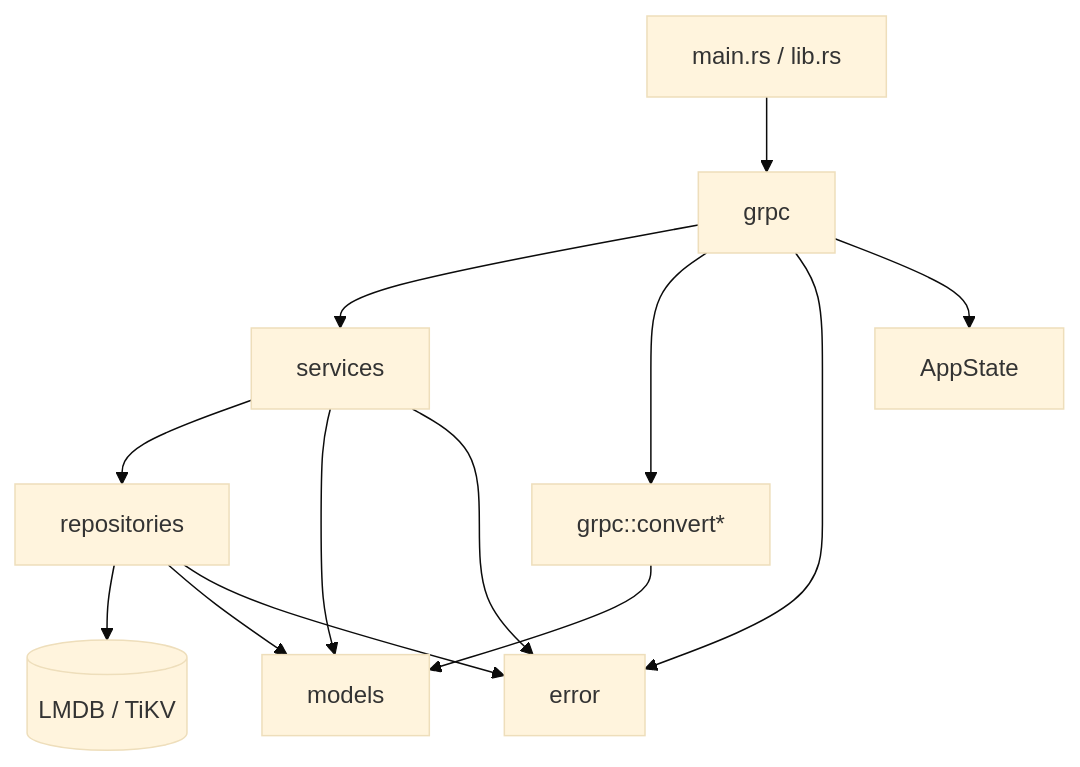
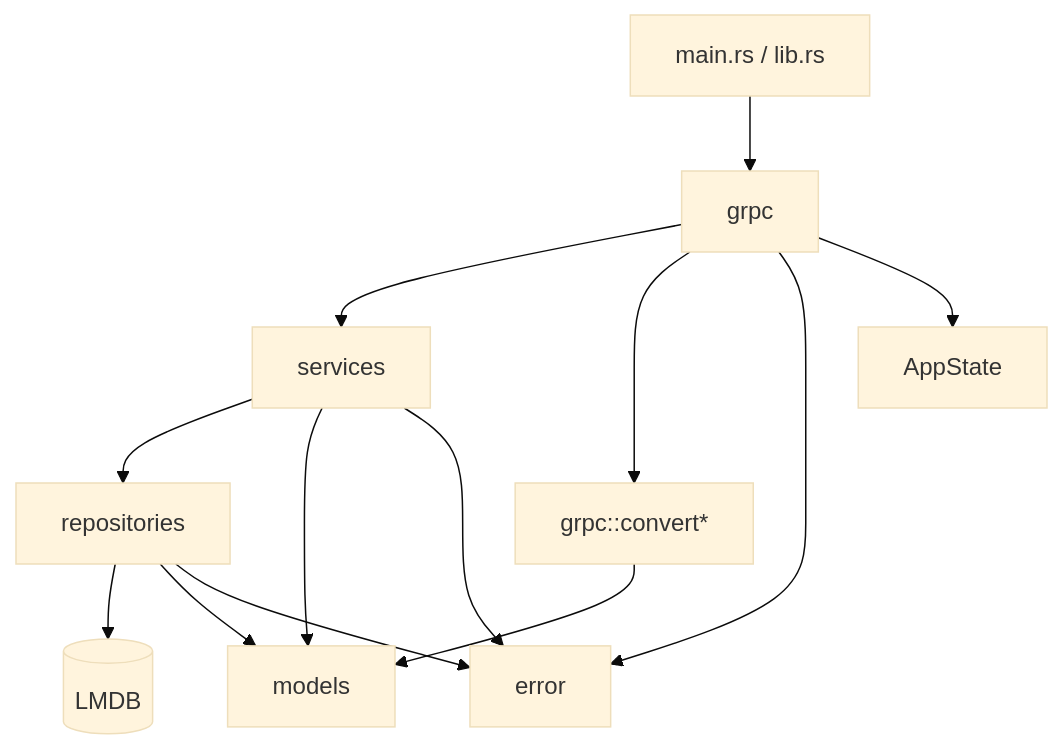
The diagram in docs/architecture.md (AirBee-Project/Kasane), drawn with Mermaid (base theme) before and after one commit. The commit also changed other lines of this file and 128 other files, not shown here.

````diff
--- a/docs/architecture.md
+++ b/docs/architecture.md
@@ -9,16 +9,16 @@
 ```mermaid
 flowchart TD
     Main[main.rs / lib.rs] --> Grpc[grpc]
     Grpc --> Service[services]
     Service --> Repository[repositories]
-    Repository --> Storage[(LMDB / TiKV)]
+    Repository --> Storage[(LMDB)]
 
     Grpc --> Convert[grpc::convert*]
     Convert --> Model[models]
     Service --> Model
     Repository --> Model
     Service --> Error[error]
     Grpc --> Error
     Repository --> Error
     Grpc --> AppState[AppState]
 ```
````
